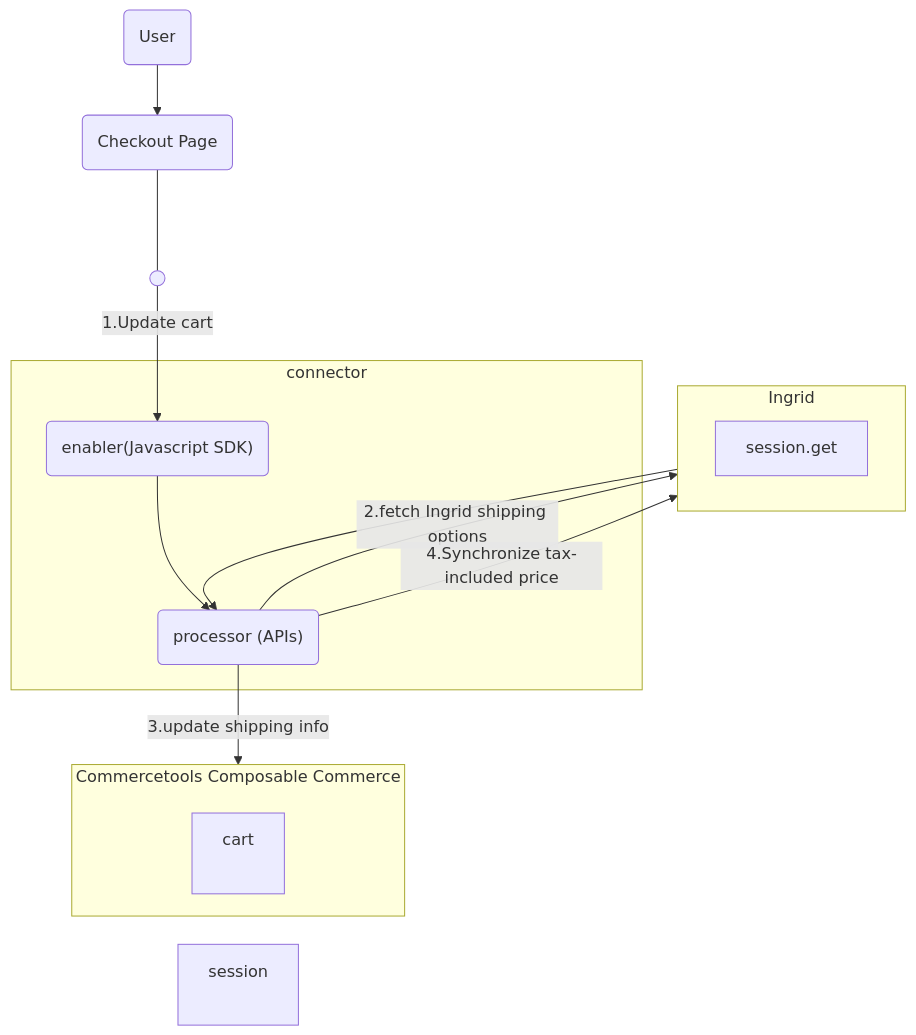
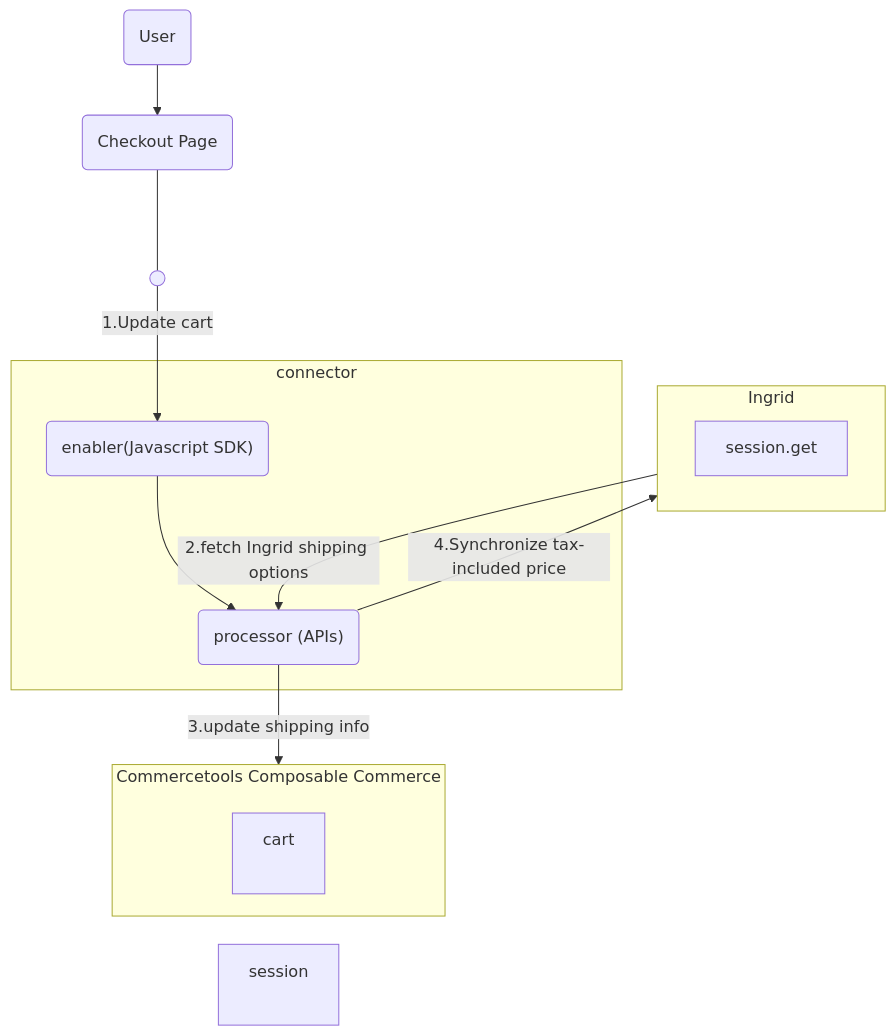
Before and after one commit to commercetools/connect-shipping-integration-ingrid: the second of 2 diagrams in README.md, drawn with Mermaid. The commit also changed other lines of this file, not shown here.

Commit message:
doc: fix layout of flow chart

````diff
--- a/README.md
+++ b/README.md
@@ -50,26 +53,27 @@
 ```mermaid
 
 flowchart TD
     node1(( ))
     user("User")-->checkout("Checkout Page")
     subgraph connector
         enabler
         processor
     end
     subgraph coco["Commercetools Composable Commerce"]
         cart
         session
         
     end
     subgraph shipping["Ingrid"]
         session.get
     end
     
     checkout("Checkout Page")----node1
     processor("processor (APIs)")--"3.update shipping info"-->coco
-    node1--"1.Update cart"-->enabler("enabler(Javascript SDK)")-->processor("processor (APIs)")--"2.fetch Ingrid shipping options"-->shipping("Ingrid")-->processor("processor (APIs)")
+    node1--"1.Update cart"-->enabler("enabler(Javascript SDK)")-->processor("processor (APIs)")
+    shipping("Ingrid")--"2.fetch Ingrid shipping options"-->processor("processor (APIs)")
     processor("processor (APIs)")--"4.Synchronize tax-included price"-->shipping("Ingrid")
     style coco height:150
     style cart height:80, text-align:center
     style session height:80, text-align:center
 ```
````
